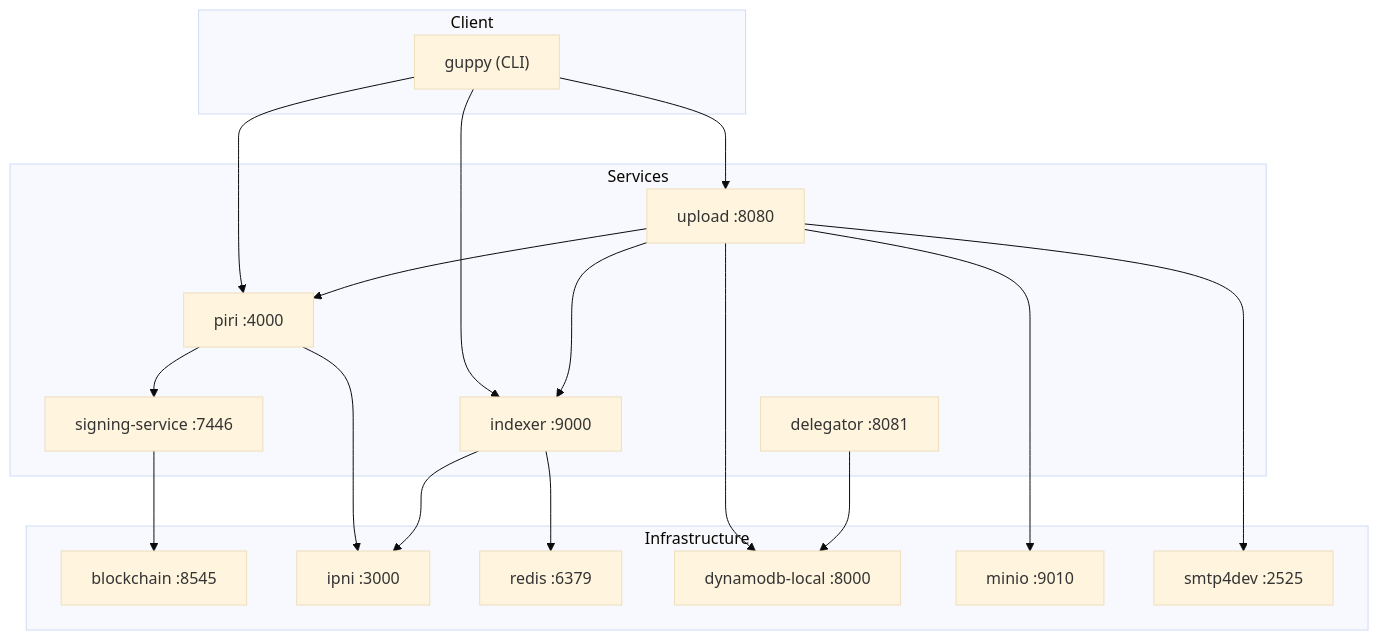
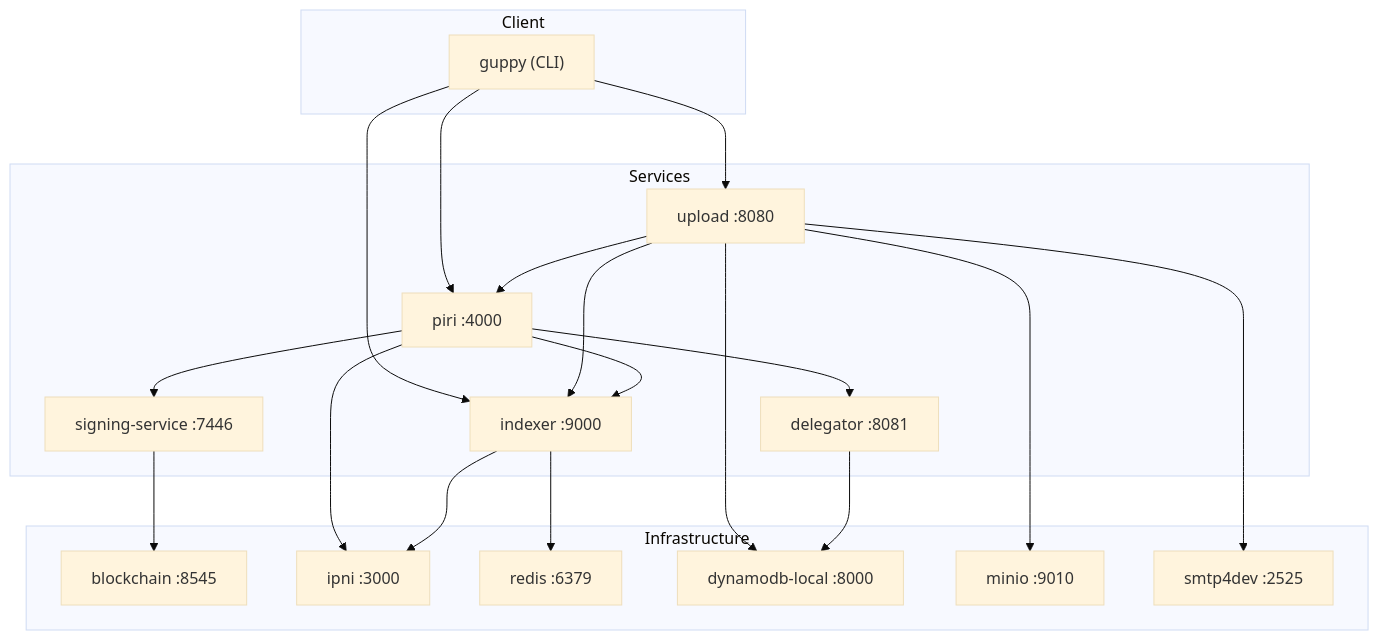
One commit to fil-forge/forge changed the diagram in smelt/README.md. Above: the diagram before and after it, drawn with Mermaid (base theme).

Commit message:
docs: more arrows

````diff
--- a/smelt/README.md
+++ b/smelt/README.md
@@ -70,41 +70,43 @@
 ```mermaid
 flowchart TB
     subgraph Client
         guppy["guppy (CLI)"]
     end
 
     subgraph Services
         upload["upload :8080"]
         piri["piri :4000"]
         indexer["indexer :9000"]
         signing["signing-service :7446"]
         delegator["delegator :8081"]
     end
 
     subgraph Infrastructure
         blockchain["blockchain :8545"]
         ipni["ipni :3000"]
         redis["redis :6379"]
         dynamodb["dynamodb-local :8000"]
         minio["minio :9010"]
         email["smtp4dev :2525"]
     end
 
     guppy --> upload
     guppy --> piri
     guppy --> indexer
 
     upload --> piri
     upload --> indexer
     upload --> minio
     upload --> dynamodb
     upload --> email
 
     piri --> signing
     piri --> ipni
+    piri --> delegator
+    piri --> indexer
     signing --> blockchain
 
     delegator --> dynamodb
     indexer --> redis
     indexer --> ipni
 ```
````
